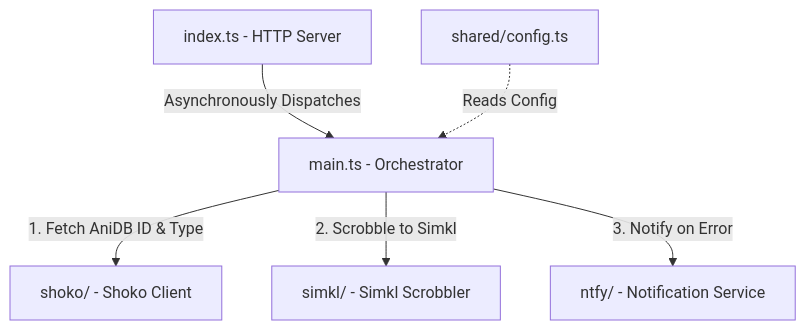
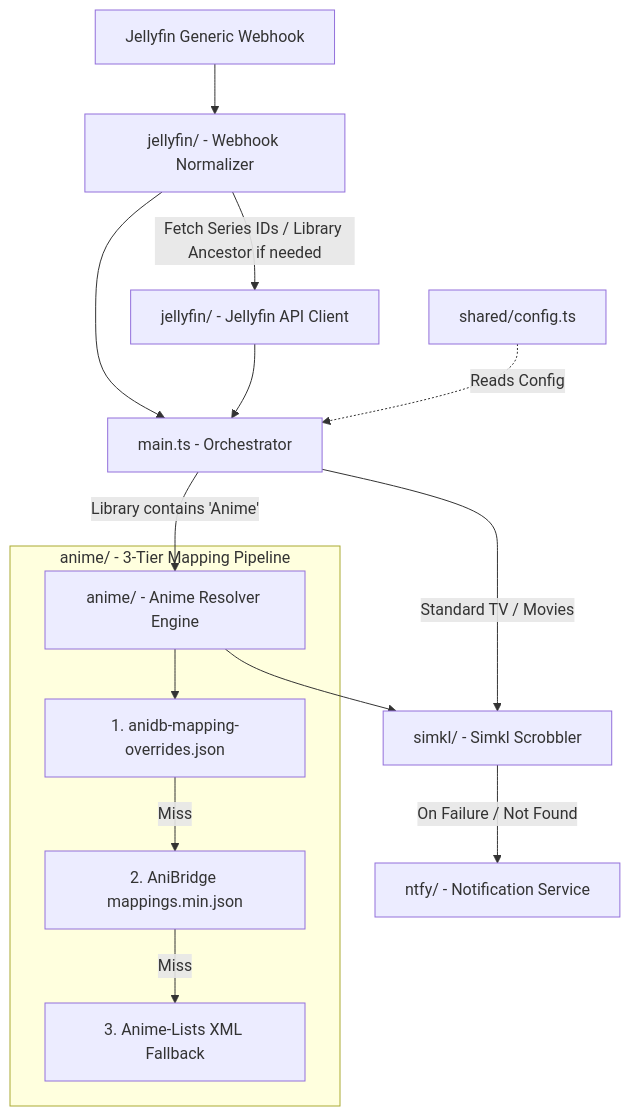
One commit to dancoto/jellyfin-simkl-sync changed the diagram in README.md. Above: the diagram before and after it, drawn with Mermaid. The commit also changed other lines of this file and 34 other files, not shown here.

Commit message:
feat(webhook): revamp for all media + anime handling

````diff
--- a/README.md
+++ b/README.md
@@ -13,8 +11,20 @@
 ```mermaid
-graph TD
-    index.ts[index.ts - HTTP Server] -->|Asynchronously Dispatches| main.ts[main.ts - Orchestrator]
-    main.ts -->|1. Fetch AniDB ID & Type| shoko[shoko/ - Shoko Client]
-    main.ts -->|2. Scrobble to Simkl| simkl[simkl/ - Simkl Scrobbler]
-    main.ts -->|3. Notify on Error| ntfy[ntfy/ - Notification Service]
-    shared[shared/config.ts] -.->|Reads Config| main.ts
+flowchart TD
+    JF[Jellyfin Generic Webhook] --> Normalizer[jellyfin/ - Webhook Normalizer]
+    Normalizer -->|Fetch Series IDs / Library Ancestor if needed| JFClient[jellyfin/ - Jellyfin API Client]
+    Normalizer --> main[main.ts - Orchestrator]
+    JFClient --> main
+
+    main -->|Library contains 'Anime'| resolver[anime/ - Anime Resolver Engine]
+    main -->|Standard TV / Movies| simkl[simkl/ - Simkl Scrobbler]
+
+    subgraph Anime_Engine["anime/ - 3-Tier Mapping Pipeline"]
+        resolver --> Ovr[1. anidb-mapping-overrides.json]
+        Ovr -->|Miss| Bridge[2. AniBridge mappings.min.json]
+        Bridge -->|Miss| AList[3. Anime-Lists XML Fallback]
+    end
+
+    resolver --> simkl
+    simkl -->|On Failure / Not Found| ntfy[ntfy/ - Notification Service]
+    shared[shared/config.ts] -.->|Reads Config| main
 ```
````
